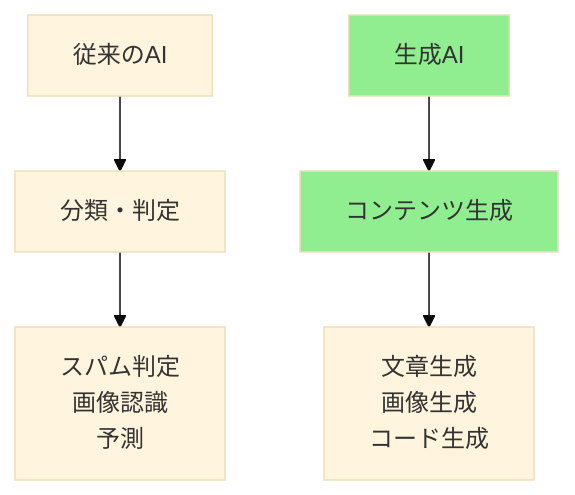
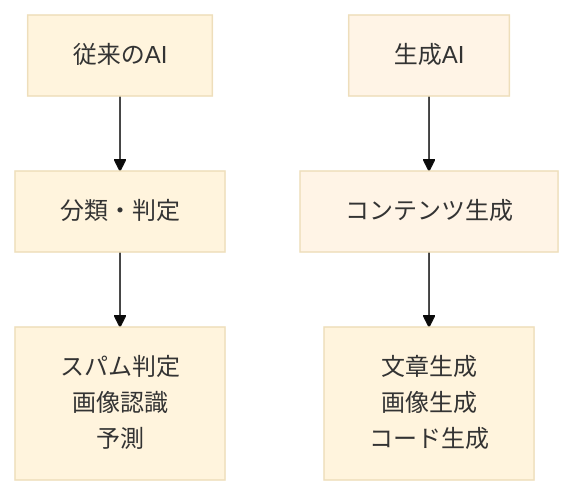
One commit to cyber-freaks-jp/AI_Driven_Development_Course changed the diagram in book/pages/生成AIとは.md. Above: the diagram before and after it, drawn with Mermaid (base theme).

Commit message:
背景色

````diff
--- a/book/pages/生成AIとは.md
+++ b/book/pages/生成AIとは.md
@@ -20,11 +20,11 @@
 ```mermaid
 graph TD
     A[従来のAI] --> B[分類・判定]
     C[生成AI] --> D[コンテンツ生成]
 
     B --> E[スパム判定<br/>画像認識<br/>予測]
     D --> F[文章生成<br/>画像生成<br/>コード生成]
 
-    style C fill:#90EE90
-    style D fill:#90EE90
+    style C fill:#FFF4E6
+    style D fill:#FFF4E6
 ```
````
